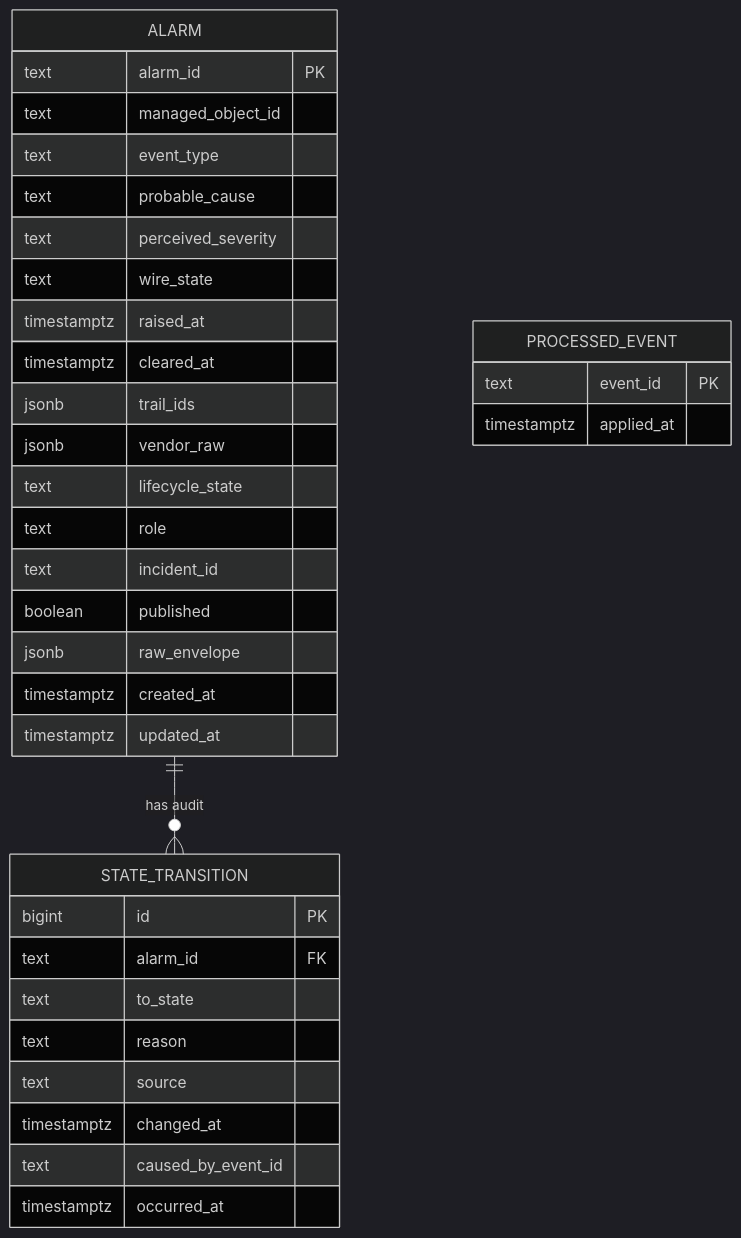
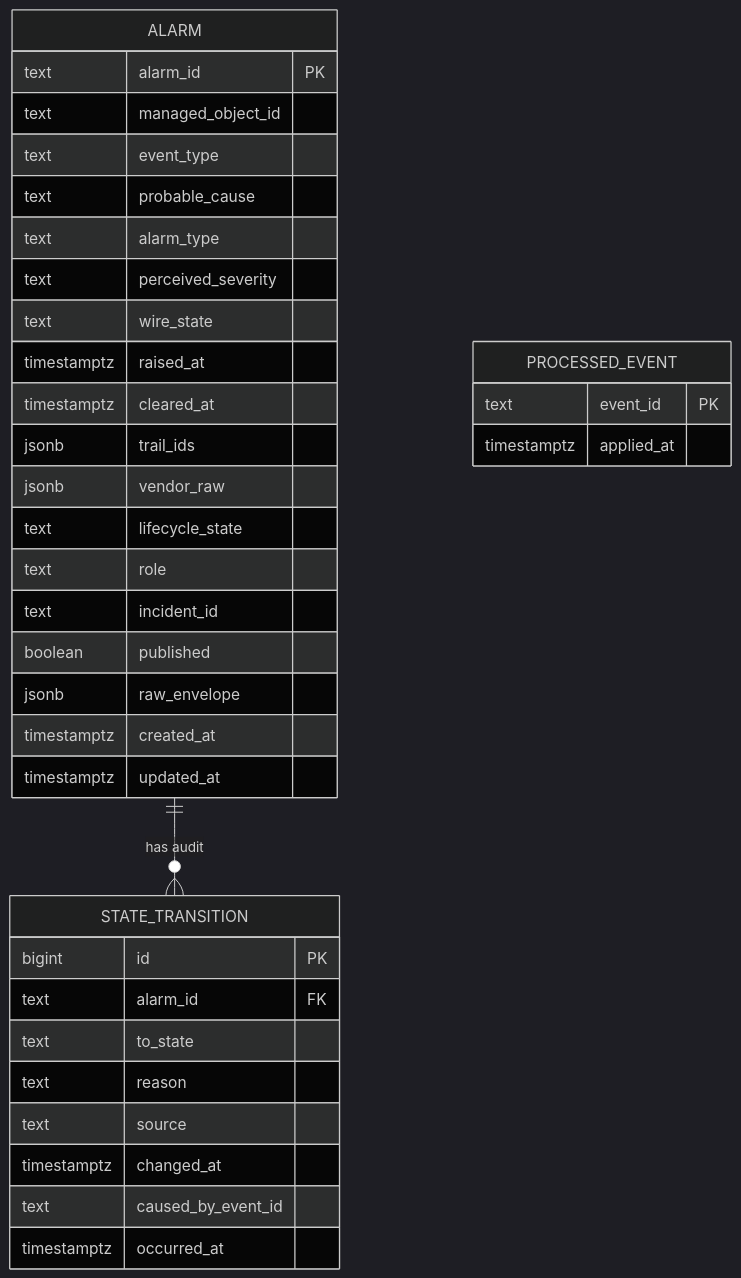
Before and after one commit to nikhilmohan/correlation-platform: the second of 7 diagrams in services/alarm-manager/design.md, drawn with Mermaid (dark theme). The commit also changed other lines of this file and 1 other file, not shown here.

First line of the commit message:
design(alarm-manager): persist + return canonical alarmType join key (readiness fix)

````diff
--- a/services/alarm-manager/design.md
+++ b/services/alarm-manager/design.md
@@ -176,37 +193,38 @@
 ```mermaid
 erDiagram
   ALARM ||--o{ STATE_TRANSITION : "has audit"
   PROCESSED_EVENT {
     text event_id PK
     timestamptz applied_at
   }
   ALARM {
     text alarm_id PK
     text managed_object_id
     text event_type
     text probable_cause
+    text alarm_type
     text perceived_severity
     text wire_state
     timestamptz raised_at
     timestamptz cleared_at
     jsonb trail_ids
     jsonb vendor_raw
     text lifecycle_state
     text role
     text incident_id
     boolean published
     jsonb raw_envelope
     timestamptz created_at
     timestamptz updated_at
   }
   STATE_TRANSITION {
     bigint id PK
     text alarm_id FK
     text to_state
     text reason
     text source
     timestamptz changed_at
     text caused_by_event_id
     timestamptz occurred_at
   }
 ```
````
